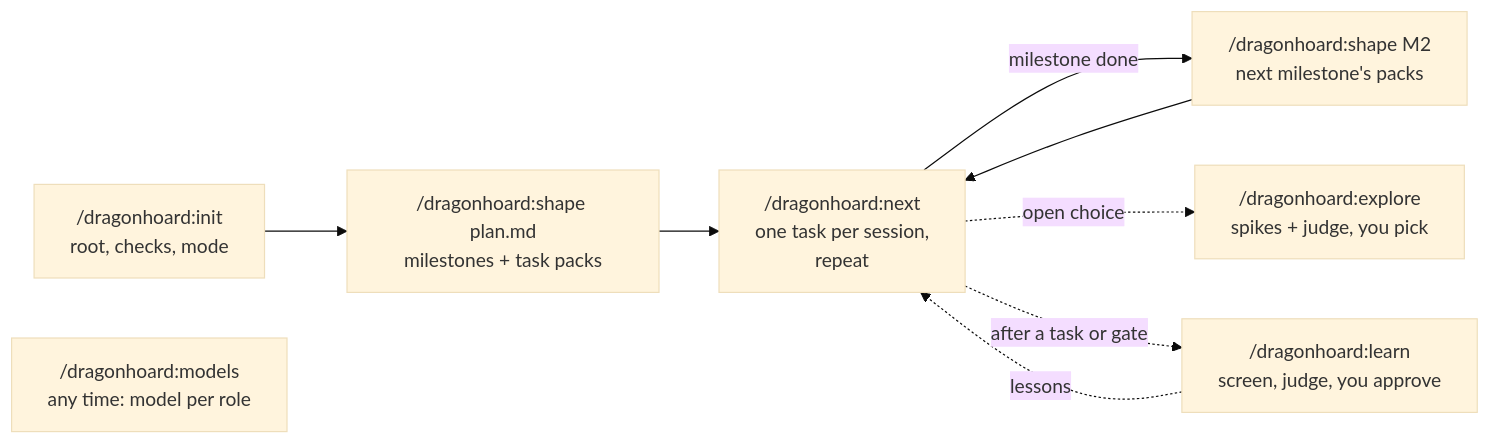
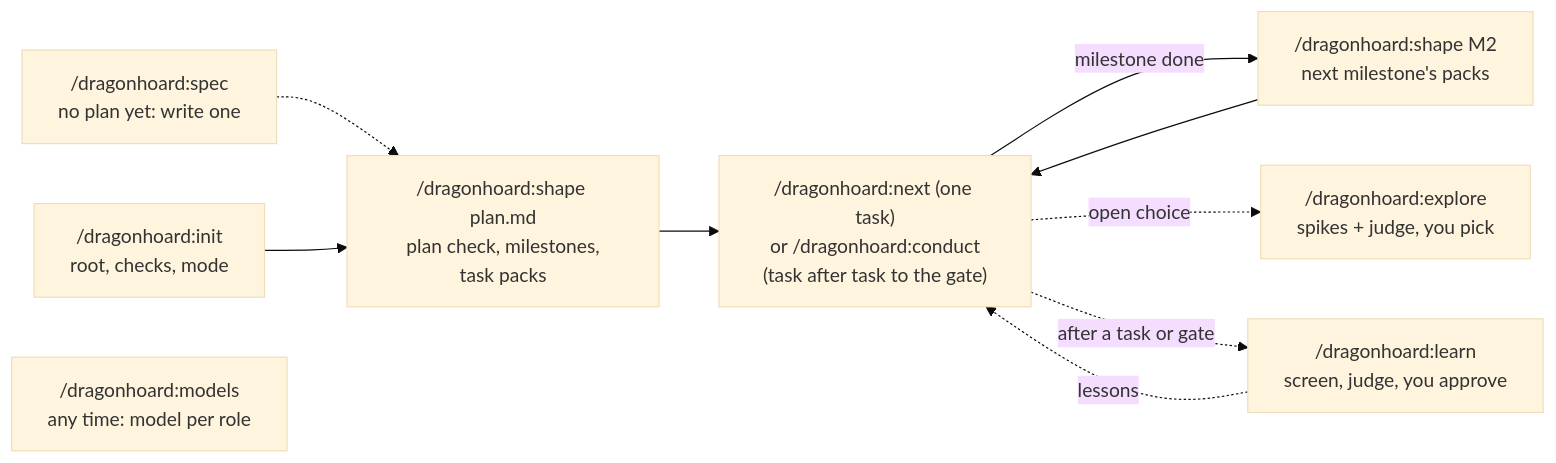
One commit to edwinidrus/dragonhoard changed the third of 3 diagrams in README.md. Above: the diagram before and after it, drawn with Mermaid (base theme). The commit also changed other lines of this file and 11 other files, not shown here.

````diff
--- a/README.md
+++ b/README.md
@@ -152,11 +157,12 @@
 ```mermaid
 flowchart LR
-  I["/dragonhoard:init<br/>root, checks, mode"] --> S["/dragonhoard:shape plan.md<br/>milestones + task packs"]
-  S --> N["/dragonhoard:next<br/>one task per session,<br/>repeat"]
+  P0["/dragonhoard:spec<br/>no plan yet: write one"] -.-> S
+  I["/dragonhoard:init<br/>root, checks, mode"] --> S["/dragonhoard:shape plan.md<br/>plan check, milestones,<br/>task packs"]
+  S --> N["/dragonhoard:next (one task)<br/>or /dragonhoard:conduct<br/>(task after task to the gate)"]
   N -- "milestone done" --> S2["/dragonhoard:shape M2<br/>next milestone's packs"]
   S2 --> N
   N -. "open choice" .-> X["/dragonhoard:explore<br/>spikes + judge, you pick"]
   N -. "after a task or gate" .-> L["/dragonhoard:learn<br/>screen, judge, you approve"]
   L -. "lessons" .-> N
   M["/dragonhoard:models<br/>any time: model per role"]
 ```
````
